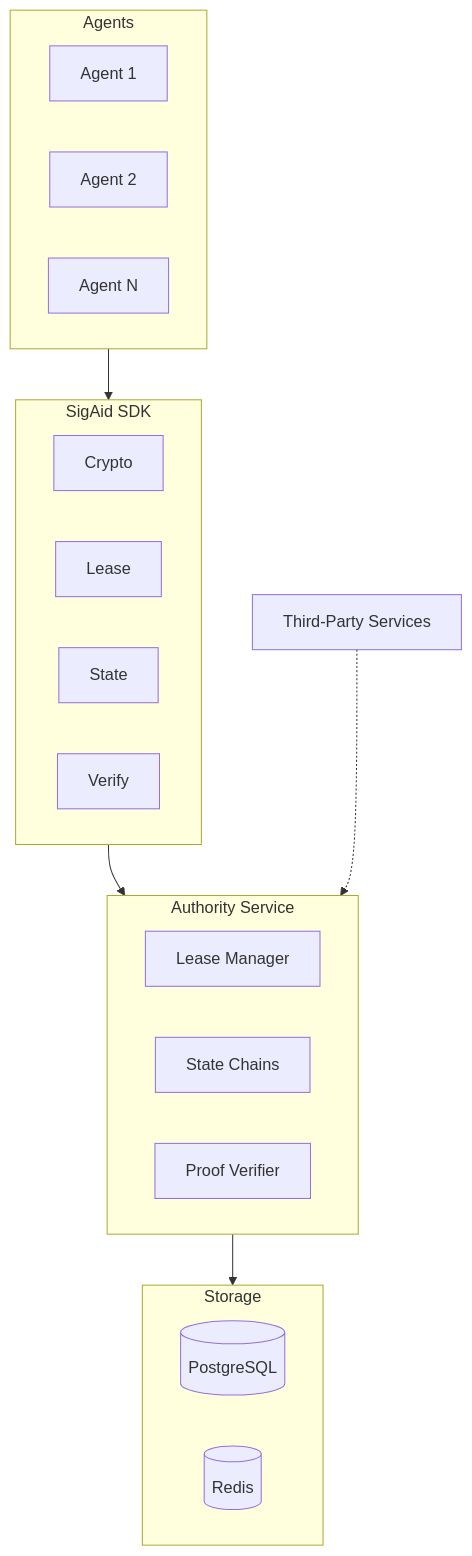
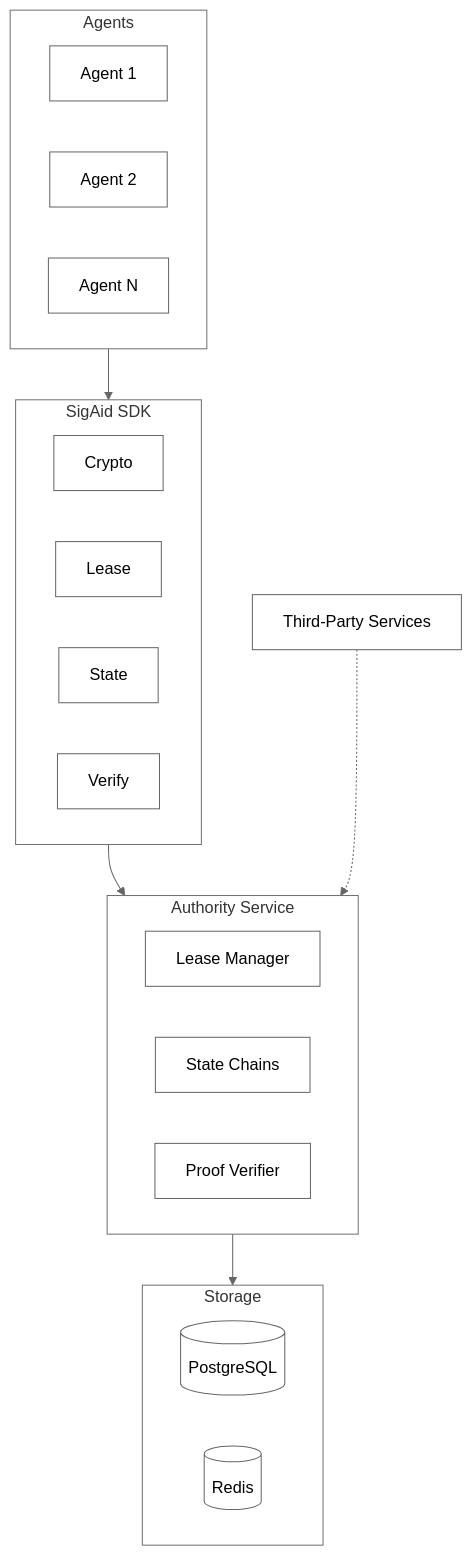
The second of 7 diagrams in README.md (trustorno/sigaid), drawn with Mermaid before and after one commit. The commit also changed other lines of this file, not shown here.

Commit message:
Transparent boxes in diagrams

````diff
--- a/README.md
+++ b/README.md
@@ -30,32 +41,47 @@
 ```mermaid
+%%{init: {'theme': 'neutral', 'themeVariables': { 'mainBkg': 'transparent', 'clusterBkg': 'transparent'}}}%%
 graph TB
     subgraph Agents
         A1[Agent 1]
         A2[Agent 2]
         A3[Agent N]
     end
 
     subgraph SDK[SigAid SDK]
         C[Crypto]
         L[Lease]
         S[State]
         V[Verify]
     end
 
     subgraph Authority[Authority Service]
         LM[Lease Manager]
         SC[State Chains]
         PV[Proof Verifier]
     end
 
     subgraph Storage
         PG[(PostgreSQL)]
         RD[(Redis)]
     end
 
     Agents --> SDK
     SDK --> Authority
     Authority --> Storage
 
     Services[Third-Party Services] -.-> Authority
+
+    style A1 fill:none,stroke:#666
+    style A2 fill:none,stroke:#666
+    style A3 fill:none,stroke:#666
+    style C fill:none,stroke:#666
+    style L fill:none,stroke:#666
+    style S fill:none,stroke:#666
+    style V fill:none,stroke:#666
+    style LM fill:none,stroke:#666
+    style SC fill:none,stroke:#666
+    style PV fill:none,stroke:#666
+    style PG fill:none,stroke:#666
+    style RD fill:none,stroke:#666
+    style Services fill:none,stroke:#666
 ```
````
